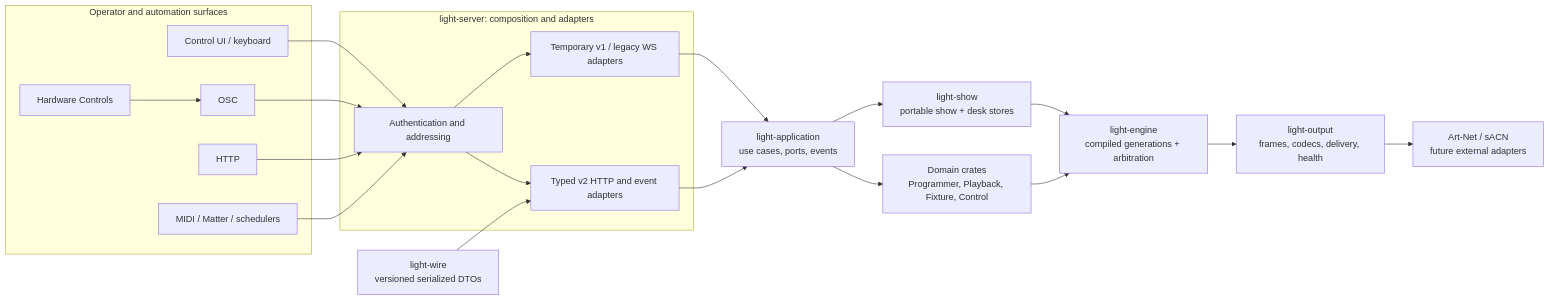
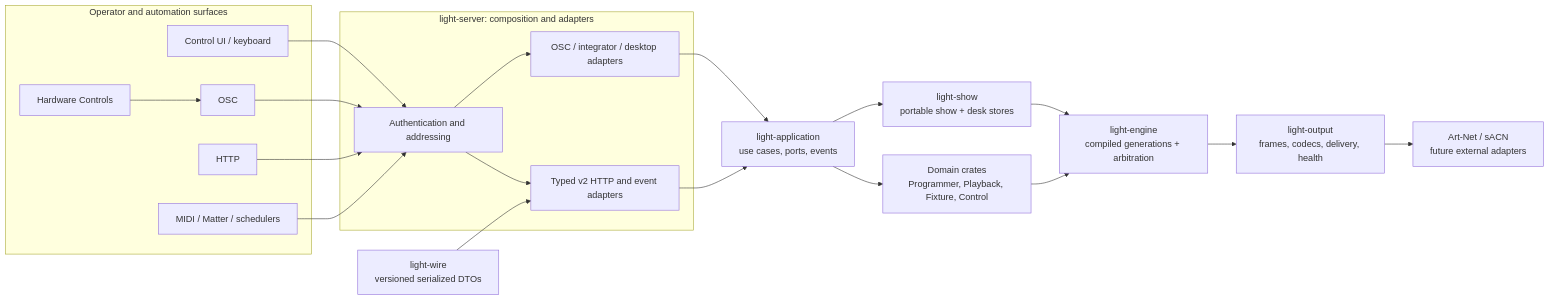
One commit to kellertobias/tosklight changed the diagram in docs/engineering/architecture-overview.md. Above: the diagram before and after it, drawn with Mermaid. The commit also changed other lines of this file and 31 other files, not shown here.

Commit message:
docs(refactor): publish capstone architecture handoff

````diff
--- a/docs/engineering/architecture-overview.md
+++ b/docs/engineering/architecture-overview.md
@@ -21,41 +20,41 @@
 ```mermaid
 flowchart LR
   subgraph SURFACES["Operator and automation surfaces"]
     UI["Control UI / keyboard"]
     HW["Hardware Controls"]
     OSC["OSC"]
     HTTP["HTTP"]
     INPUTS["MIDI / Matter / schedulers"]
   end
 
   subgraph SERVER["light-server: composition and adapters"]
     AUTH["Authentication and addressing"]
     V2["Typed v2 HTTP and event adapters"]
-    COMPAT["Temporary v1 / legacy WS adapters"]
+    COMPAT["OSC / integrator / desktop adapters"]
   end
 
   APP["light-application\nuse cases, ports, events"]
   DOMAINS["Domain crates\nProgrammer, Playback, Fixture, Control"]
   SHOW["light-show\nportable show + desk stores"]
   ENGINE["light-engine\ncompiled generations + arbitration"]
   OUTPUT["light-output\nframes, codecs, delivery, health"]
   DRIVERS["Art-Net / sACN\nfuture external adapters"]
   WIRE["light-wire\nversioned serialized DTOs"]
 
   UI --> AUTH
   HW --> OSC
   OSC --> AUTH
   HTTP --> AUTH
   INPUTS --> AUTH
   AUTH --> V2
   AUTH --> COMPAT
   V2 --> APP
   COMPAT --> APP
   WIRE --> V2
   APP --> DOMAINS
   APP --> SHOW
   SHOW --> ENGINE
   DOMAINS --> ENGINE
   ENGINE --> OUTPUT
   OUTPUT --> DRIVERS
 ```
````
